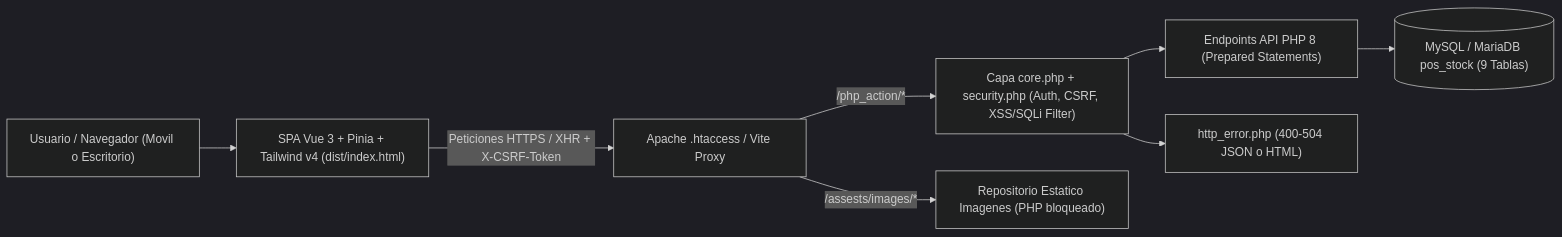
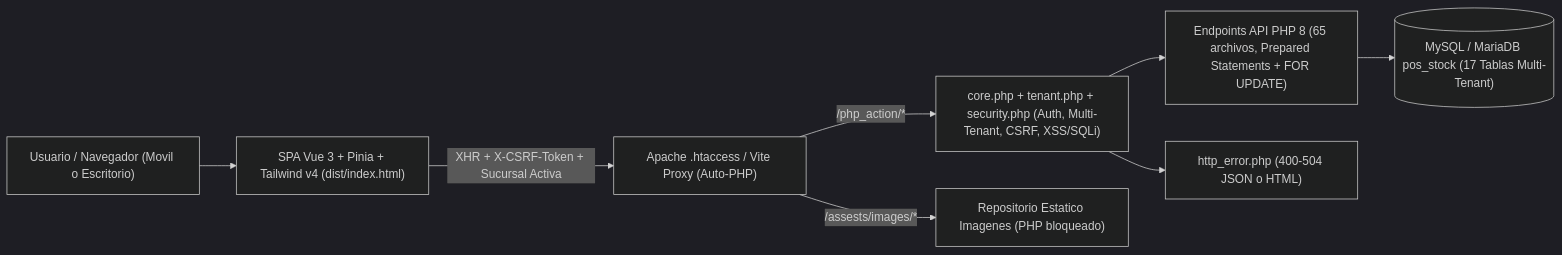
The first of 4 diagrams in PDR.md (gercova/stock-bartolo), drawn with Mermaid (dark theme) before and after one commit. The commit also changed other lines of this file and 88 other files, not shown here.

````diff
--- a/PDR.md
+++ b/PDR.md
@@ -31,10 +34,10 @@
 ```mermaid
 flowchart LR
     U["Usuario / Navegador (Movil o Escritorio)"] --> SPA["SPA Vue 3 + Pinia + Tailwind v4 (dist/index.html)"]
-    SPA -->|"Peticiones HTTPS / XHR + X-CSRF-Token"| GW["Apache .htaccess / Vite Proxy"]
-    GW -->|"/php_action/*"| SEC["Capa core.php + security.php (Auth, CSRF, XSS/SQLi Filter)"]
+    SPA -->|"XHR + X-CSRF-Token + Sucursal Activa"| GW["Apache .htaccess / Vite Proxy (Auto-PHP)"]
+    GW -->|"/php_action/*"| SEC["core.php + tenant.php + security.php (Auth, Multi-Tenant, CSRF, XSS/SQLi)"]
     GW -->|"/assests/images/*"| IMG["Repositorio Estatico Imagenes (PHP bloqueado)"]
-    SEC --> API["Endpoints API PHP 8 (Prepared Statements)"]
+    SEC --> API["Endpoints API PHP 8 (65 archivos, Prepared Statements + FOR UPDATE)"]
     SEC --> ERR["http_error.php (400-504 JSON o HTML)"]
-    API --> DB[("MySQL / MariaDB pos_stock (9 Tablas)")]
+    API --> DB[("MySQL / MariaDB pos_stock (17 Tablas Multi-Tenant)")]
 ```
````
